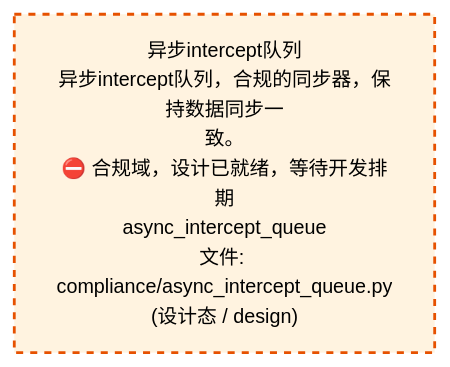
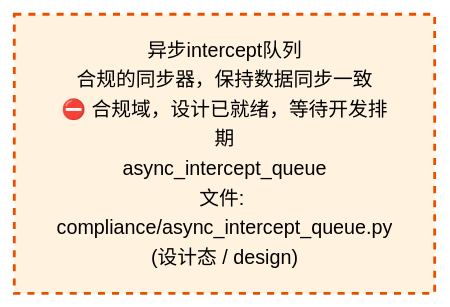
The third of 4 diagrams in docs/02_enterprise_architecture/02_domain_architecture_docs/38_d_compliance.md (xuanFelixVan/ZephyrAlpha), drawn with Mermaid before and after one commit. The commit also changed other lines of this file and 59 other files, not shown here.

````diff
--- a/docs/02_enterprise_architecture/02_domain_architecture_docs/38_d_compliance.md
+++ b/docs/02_enterprise_architecture/02_domain_architecture_docs/38_d_compliance.md
@@ -109,10 +108,10 @@
 ```mermaid
 %%{init: {'theme': 'base', 'themeVariables': {'primaryColor': '#eaeaea', 'primaryTextColor': '#333333', 'primaryBorderColor': '#666666', 'lineColor': '#666666', 'secondaryColor': '#eaeaea', 'tertiaryColor': '#eaeaea', 'fontSize': '14px'}}}%%
 flowchart TD
-    src_zephyr_compliance_async_intercept_queue_py["异步intercept队列<br/>异步intercept队列，合规的同步器，保持数据同步一<br/>致。<br/>⛔ 合规域，设计已就绪，等待开发排期<br/>async_intercept_queue<br/>文件: compliance/async_intercept_queue.py<br/>(设计态 / design)"]
+    src_zephyr_compliance_async_intercept_queue_py["异步intercept队列<br/>合规的同步器，保持数据同步一致<br/>⛔ 合规域，设计已就绪，等待开发排期<br/>async_intercept_queue<br/>文件: compliance/async_intercept_queue.py<br/>(设计态 / design)"]
     classDef production fill:#e1f5fe,stroke:#01579b,stroke-width:2px,color:#000
     classDef design fill:#fff3e0,stroke:#e65100,stroke-width:2px,color:#000,stroke-dasharray: 5 5
     classDef external_prod fill:#e8f4fd,stroke:#0277bd,stroke-width:1px,color:#000
     classDef external_design fill:#fff8e7,stroke:#ef6c00,stroke-width:1px,color:#000,stroke-dasharray: 5 5
     class src_zephyr_compliance_async_intercept_queue_py design
 ```
````
